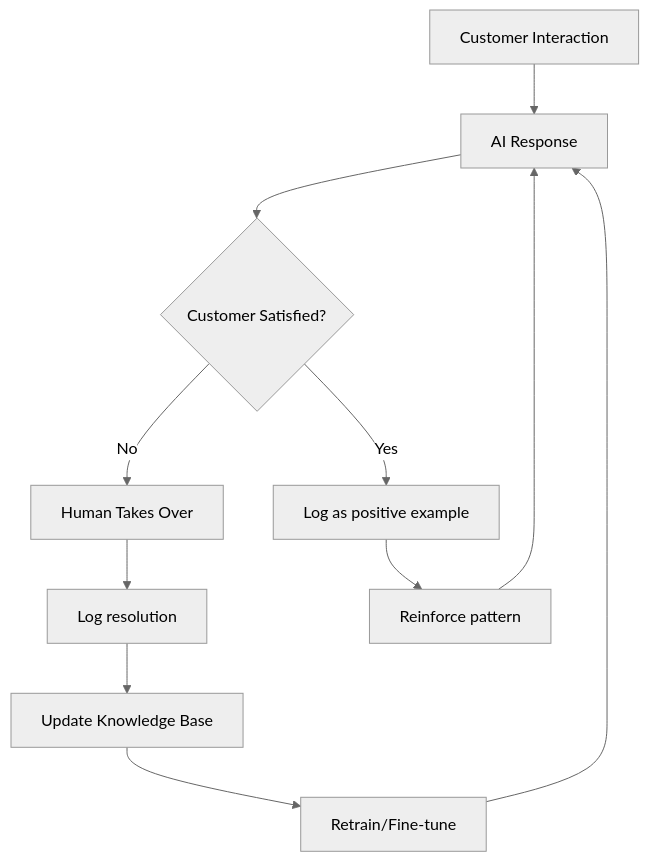
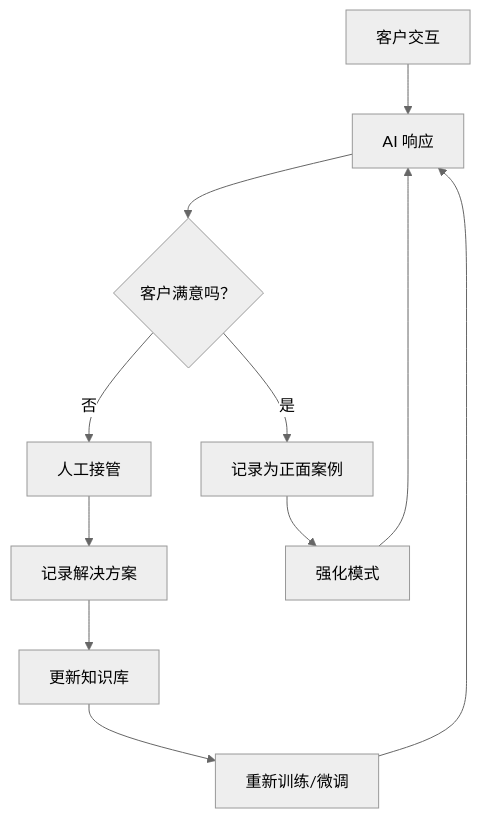
The fourth of 7 diagrams in i18n/zh/docusaurus-plugin-content-docs/current/architecture.md (stars-labs/ai-driven-customer-service), drawn with Mermaid (neutral theme) before and after one commit. The commit also changed other lines of this file and 15 other files, not shown here.

````diff
--- a/i18n/zh/docusaurus-plugin-content-docs/current/architecture.md
+++ b/i18n/zh/docusaurus-plugin-content-docs/current/architecture.md
@@ -111,13 +111,13 @@
 ```mermaid
 flowchart TB
-    A[Customer Interaction] --> B[AI Response]
-    B --> C{Customer Satisfied?}
-    C -->|Yes| D[Log as positive example]
-    C -->|No| E[Human Takes Over]
-    E --> F[Log resolution]
-    F --> G[Update Knowledge Base]
-    G --> H[Retrain/Fine-tune]
+    A[客户交互] --> B[AI 响应]
+    B --> C{客户满意吗？}
+    C -->|是| D[记录为正面案例]
+    C -->|否| E[人工接管]
+    E --> F[记录解决方案]
+    F --> G[更新知识库]
+    G --> H[重新训练/微调]
     H --> B
-    D --> I[Reinforce pattern]
+    D --> I[强化模式]
     I --> B
 ```
````
